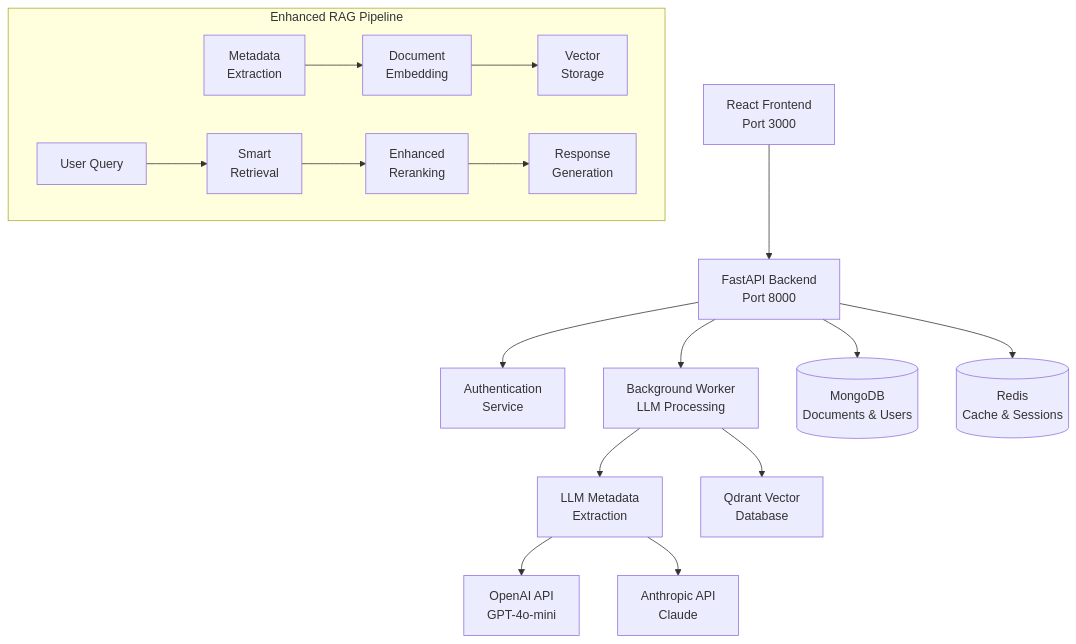
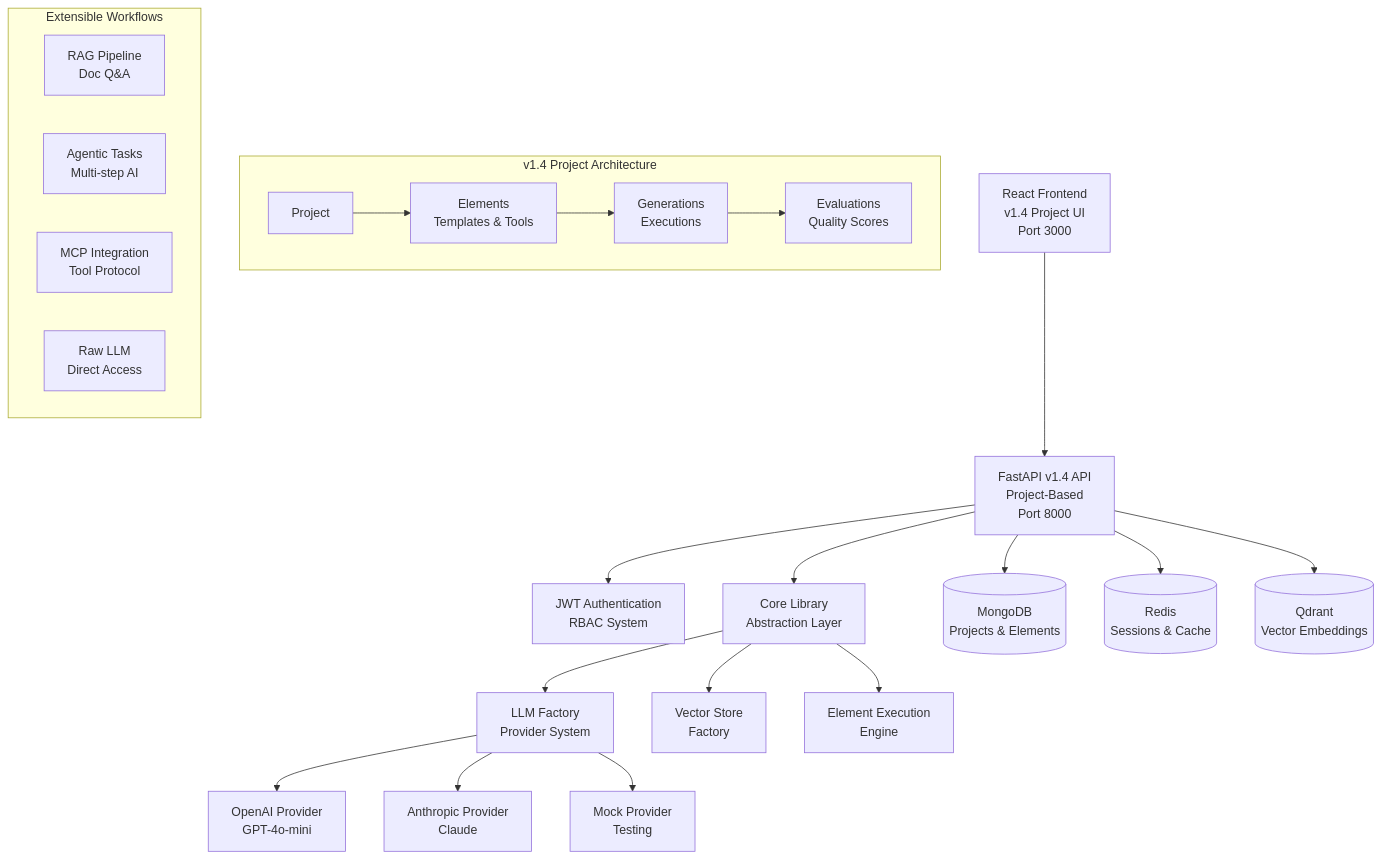
The diagram in README.md (HaoyangHan/tiny-RAG), drawn with Mermaid before and after one commit. The commit also changed other lines of this file and 1 other file, not shown here.

First line of the commit message:
docs: Add comprehensive TinyRAG v1.4 API documentation and update README

````diff
--- a/README.md
+++ b/README.md
@@ -60,23 +56,31 @@
 ```mermaid
 graph TB
-    UI[React Frontend<br/>Port 3000] --> API[FastAPI Backend<br/>Port 8000]
-    API --> Auth[Authentication<br/>Service]
-    API --> Worker[Background Worker<br/>LLM Processing]
+    UI[React Frontend<br/>v1.4 Project UI<br/>Port 3000] --> API[FastAPI v1.4 API<br/>Project-Based<br/>Port 8000]
+    API --> Auth[JWT Authentication<br/>RBAC System]
+    API --> CoreLib[Core Library<br/>Abstraction Layer]
     
-    Worker --> LLM[LLM Metadata<br/>Extraction]
-    Worker --> Vector[Qdrant Vector<br/>Database]
+    CoreLib --> LLMFactory[LLM Factory<br/>Provider System]
+    CoreLib --> VectorFactory[Vector Store<br/>Factory]
+    CoreLib --> Worker[Element Execution<br/>Engine]
     
-    API --> Mongo[(MongoDB<br/>Documents & Users)]
-    API --> Redis[(Redis<br/>Cache & Sessions)]
+    API --> Mongo[(MongoDB<br/>Projects & Elements)]
+    API --> Redis[(Redis<br/>Sessions & Cache)]
+    API --> Qdrant[(Qdrant<br/>Vector Embeddings)]
     
-    LLM --> OpenAI[OpenAI API<br/>GPT-4o-mini]
-    LLM --> Anthropic[Anthropic API<br/>Claude]
+    LLMFactory --> OpenAI[OpenAI Provider<br/>GPT-4o-mini]
+    LLMFactory --> Anthropic[Anthropic Provider<br/>Claude]
+    LLMFactory --> Mock[Mock Provider<br/>Testing]
     
-    subgraph "Enhanced RAG Pipeline"
-        Extract[Metadata<br/>Extraction] --> Embed[Document<br/>Embedding]
-        Embed --> Store[Vector<br/>Storage]
-        Query[User Query] --> Retrieve[Smart<br/>Retrieval]
-        Retrieve --> Rerank[Enhanced<br/>Reranking]
-        Rerank --> Generate[Response<br/>Generation]
+    subgraph "v1.4 Project Architecture"
+        Project[Project] --> Elements[Elements<br/>Templates & Tools]
+        Elements --> Generations[Generations<br/>Executions]
+        Generations --> Evaluations[Evaluations<br/>Quality Scores]
+    end
+    
+    subgraph "Extensible Workflows"
+        RAG[RAG Pipeline<br/>Doc Q&A]
+        Agentic[Agentic Tasks<br/>Multi-step AI]
+        MCP[MCP Integration<br/>Tool Protocol]
+        Raw[Raw LLM<br/>Direct Access]
     end
 ```
````
